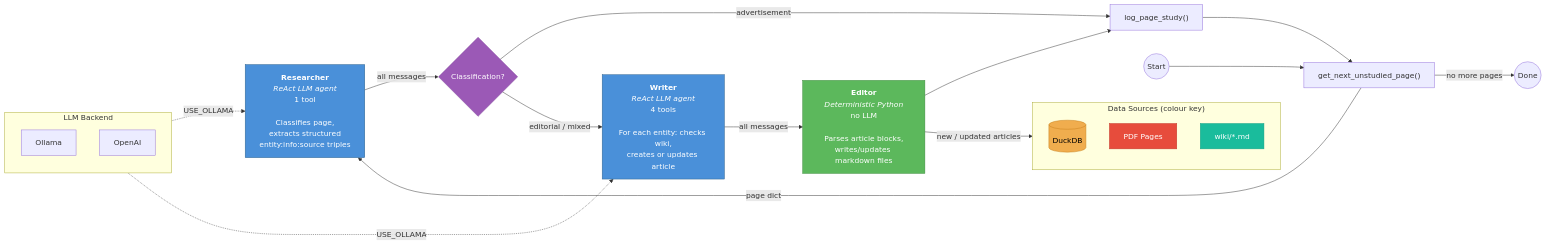
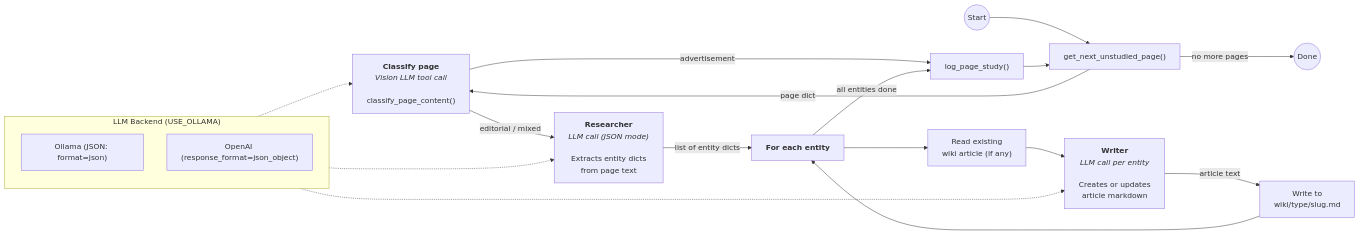
The first of 3 diagrams in docs/swarm-flow.md (alastairrushworth/docswarm), drawn with Mermaid before and after one commit. The commit also changed other lines of this file and 5 other files, not shown here.

````diff
--- a/docs/swarm-flow.md
+++ b/docs/swarm-flow.md
@@ -5,54 +5,37 @@
 ```mermaid
 flowchart LR
-    subgraph KEY["Data Sources (colour key)"]
-        direction TB
-        DB[(DuckDB)]
-        PDF["PDF Pages"]
-        WIKI_IN["wiki/*.md"]
-    end
+    START((Start)) --> NEXT["get_next_unstudied_page()"]
+    NEXT -->|"page dict"| CLASSIFY
 
-    START((Start)) --> NEXT["get_next_unstudied_page()"]
-    NEXT -->|"page dict"| RESEARCHER
+    CLASSIFY["<b>Classify page</b><br/><i>Vision LLM tool call</i><br/><br/>classify_page_content()"]
 
-    RESEARCHER["<b>Researcher</b><br/><i>ReAct LLM agent</i><br/>1 tool<br/><br/>Classifies page,<br/>extracts structured<br/>entity:info:source triples"]
+    CLASSIFY -->|"advertisement"| MARK["log_page_study()"]
+    CLASSIFY -->|"editorial / mixed"| RESEARCH
 
-    RESEARCHER -->|"all messages"| ROUTE{"Classification?"}
+    RESEARCH["<b>Researcher</b><br/><i>LLM call (JSON mode)</i><br/><br/>Extracts entity dicts<br/>from page text"]
 
-    ROUTE -->|"advertisement"| MARK["log_page_study()"]
-    ROUTE -->|"editorial / mixed"| WRITER
+    RESEARCH -->|"list of entity dicts"| LOOP
 
-    WRITER["<b>Writer</b><br/><i>ReAct LLM agent</i><br/>4 tools<br/><br/>For each entity: checks wiki,<br/>creates or updates article"]
+    LOOP["<b>For each entity</b>"]
+    LOOP --> READ_EXISTING["Read existing<br/>wiki article (if any)"]
+    READ_EXISTING --> WRITER
 
-    WRITER -->|"all messages"| EDITOR
+    WRITER["<b>Writer</b><br/><i>LLM call per entity</i><br/><br/>Creates or updates<br/>article markdown"]
 
-    EDITOR["<b>Editor</b><br/><i>Deterministic Python</i><br/>no LLM<br/><br/>Parses article blocks,<br/>writes/updates markdown files"]
+    WRITER -->|"article text"| WRITE["Write to<br/>wiki/type/slug.md"]
+    WRITE --> LOOP
 
-    EDITOR -->|"new / updated articles"| WIKI_IN
-    EDITOR --> MARK
+    LOOP -->|"all entities done"| MARK
     MARK --> NEXT
     NEXT -->|"no more pages"| DONE((Done))
 
-    subgraph LLM["LLM Backend"]
+    subgraph LLM["LLM Backend (USE_OLLAMA)"]
         direction TB
-        OLLAMA["Ollama"]
-        OPENAI["OpenAI"]
+        OLLAMA["Ollama (JSON: format=json)"]
+        OPENAI["OpenAI (response_format=json_object)"]
     end
 
-    LLM -.->|"USE_OLLAMA"| RESEARCHER
-    LLM -.->|"USE_OLLAMA"| WRITER
-
-    %% Styling
-    classDef srcDb fill:#f0ad4e,stroke:#c77f1a,color:#000
-    classDef srcPdf fill:#e74c3c,stroke:#c0392b,color:#fff
-    classDef srcWiki fill:#1abc9c,stroke:#16a085,color:#fff
-    classDef agent fill:#4a90d9,stroke:#2c5f8a,color:#fff
-    classDef deterministic fill:#5cb85c,stroke:#3d8b3d,color:#fff
-    classDef decision fill:#9b59b6,stroke:#7d3c98,color:#fff
-
-    class DB srcDb
-    class PDF srcPdf
-    class WIKI_IN srcWiki
-    class RESEARCHER,WRITER agent
-    class EDITOR deterministic
-    class ROUTE decision
+    LLM -.-> CLASSIFY
+    LLM -.-> RESEARCH
+    LLM -.-> WRITER
 ```
````
